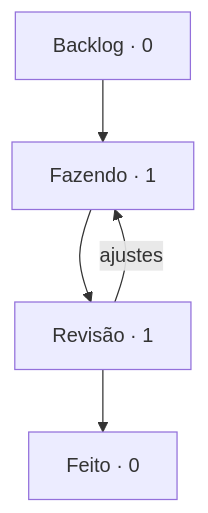
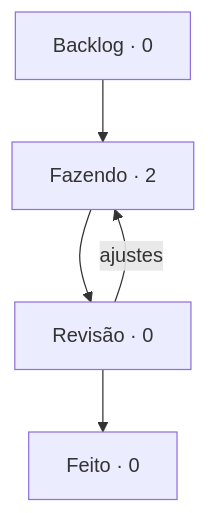
The diagram in boards/harness/BOARD.md (StudioVibi/VibiKanban), drawn with Mermaid before and after one commit. The commit also changed other lines of this file and 1 other file, not shown here.

Commit message:
board: HN-2 Revisão → Fazendo (@isabellaherman)

````diff
--- a/boards/harness/BOARD.md
+++ b/boards/harness/BOARD.md
@@ -5,10 +5,10 @@
 ```mermaid
 flowchart TD
-  backlog["Backlog · 0"] --> doing["Fazendo · 1"]
-  doing --> review["Revisão · 1"]
+  backlog["Backlog · 0"] --> doing["Fazendo · 2"]
+  doing --> review["Revisão · 0"]
   review --> done["Feito · 0"]
   review -->|ajustes| doing
   doing:::blue
   review:::yellow
   done:::green
 ```
````
